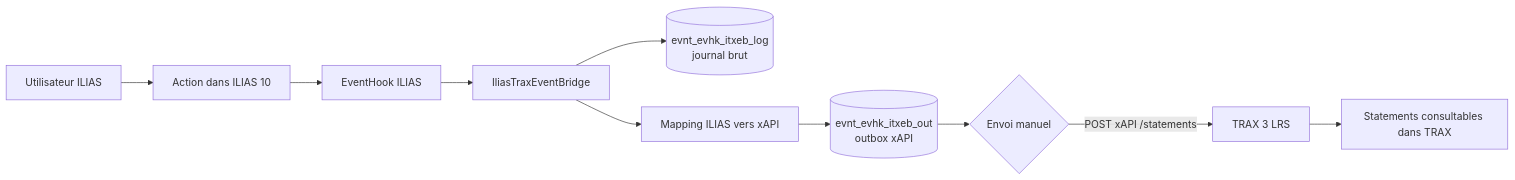
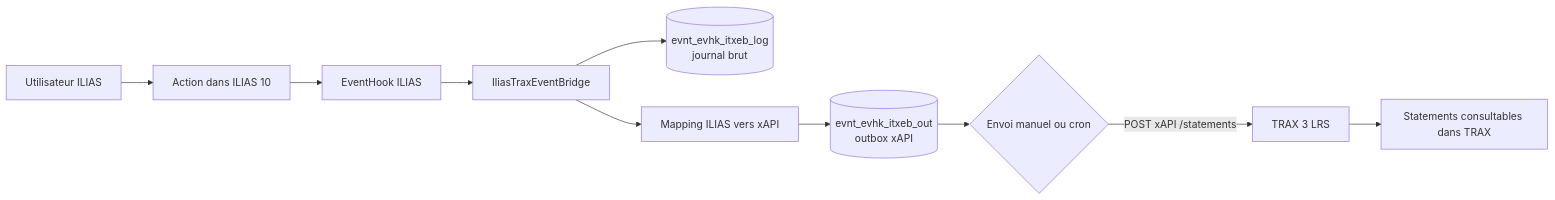
Before and after one commit to vincent-sayah/IliasTraxEventBridge: the first of 2 diagrams in README.md, drawn with Mermaid. The commit also changed other lines of this file, not shown here.

````diff
--- a/README.md
+++ b/README.md
@@ -45,16 +51,12 @@
 ```mermaid
 flowchart LR
     U[Utilisateur ILIAS] --> A[Action dans ILIAS 10]
-
     A --> E[EventHook ILIAS]
     E --> P[IliasTraxEventBridge]
-
     P --> L[(evnt_evhk_itxeb_log<br>journal brut)]
     P --> M[Mapping ILIAS vers xAPI]
     M --> O[(evnt_evhk_itxeb_out<br>outbox xAPI)]
-
-    O --> S{Envoi manuel}
+    O --> S{Envoi manuel ou cron}
     S -->|POST xAPI /statements| T[TRAX 3 LRS]
-
     T --> R[Statements consultables dans TRAX]
 ```
````
